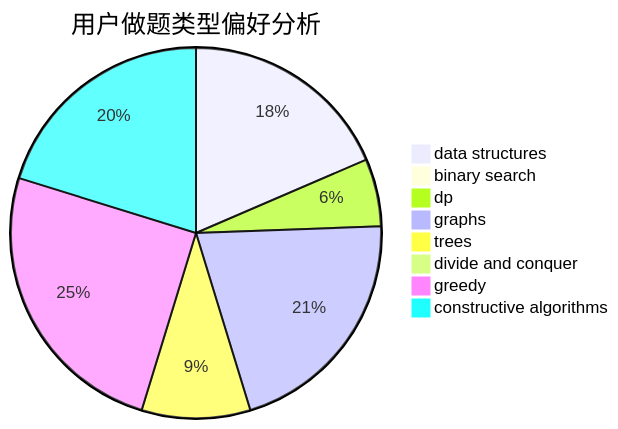
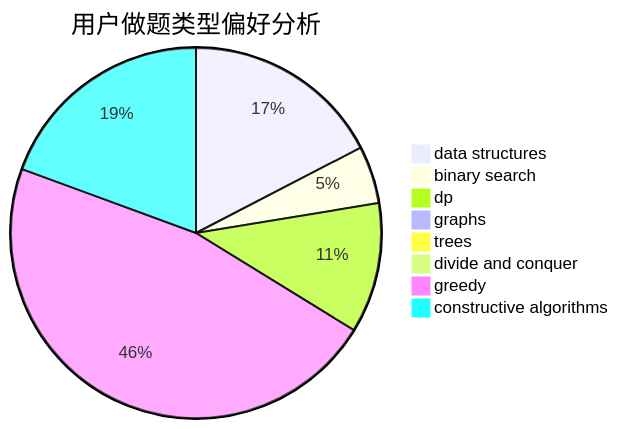
The second of 3 diagrams in docs/user/u2307.md (sherpahu/cfrs.github.io), drawn with Mermaid before and after one commit. The commit also changed other lines of this file and 2770 other files, not shown here.

````diff
--- a/docs/user/u2307.md
+++ b/docs/user/u2307.md
@@ -23,11 +23,11 @@
 ```mermaid
 pie title 用户做题类型偏好分析
-    "data structures" :  88
-    "binary search" :  1
-    "dp" :  28
-    "graphs" :  99
-    "trees" :  45
+    "data structures" :  52
+    "binary search" :  15
+    "dp" :  34
+    "graphs" :  2
+    "trees" :  3
     "divide and conquer" :  0
-    "greedy" :  119
-    "constructive algorithms" :  96
+    "greedy" :  140
+    "constructive algorithms" :  58
 ```
````
